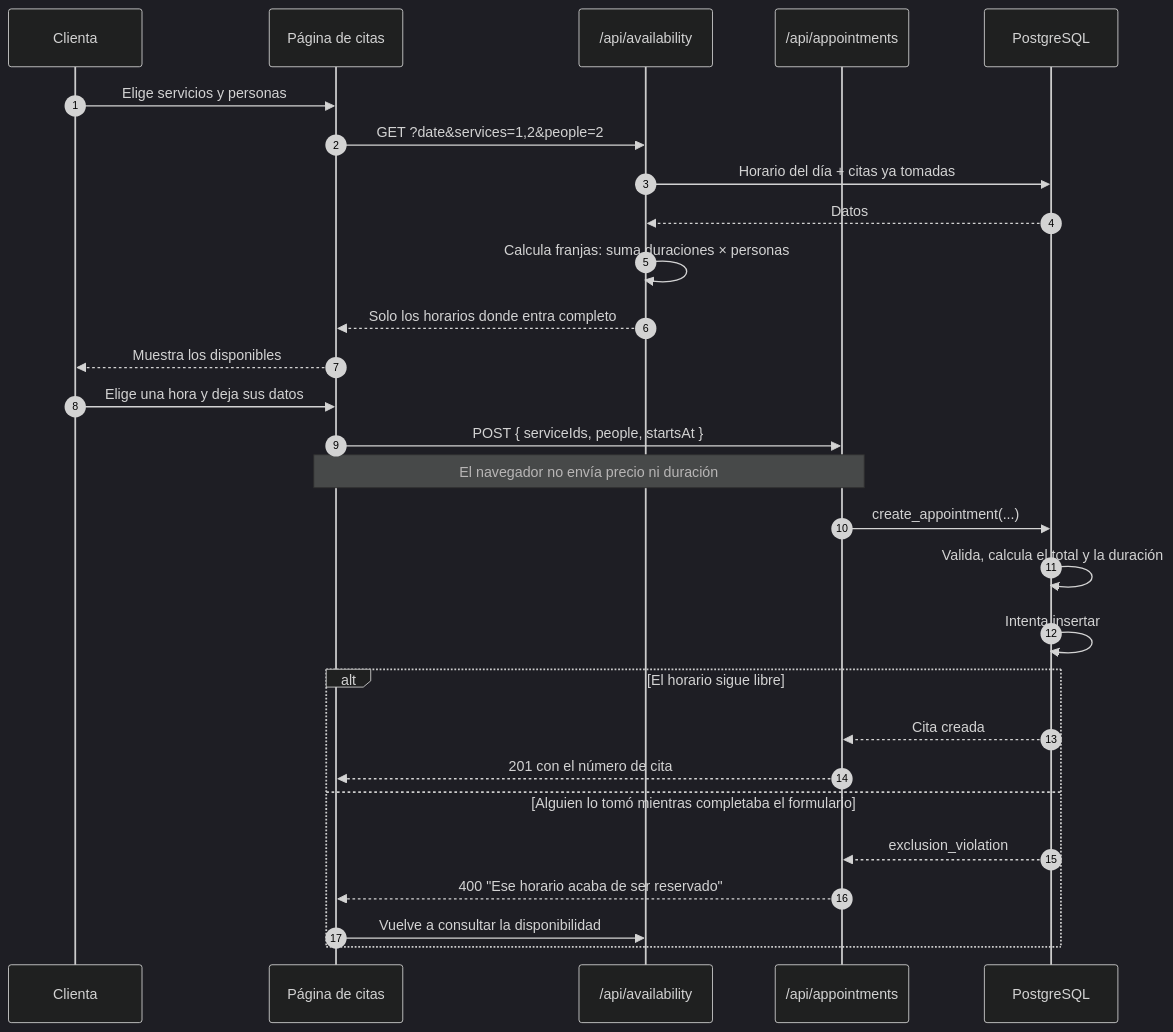
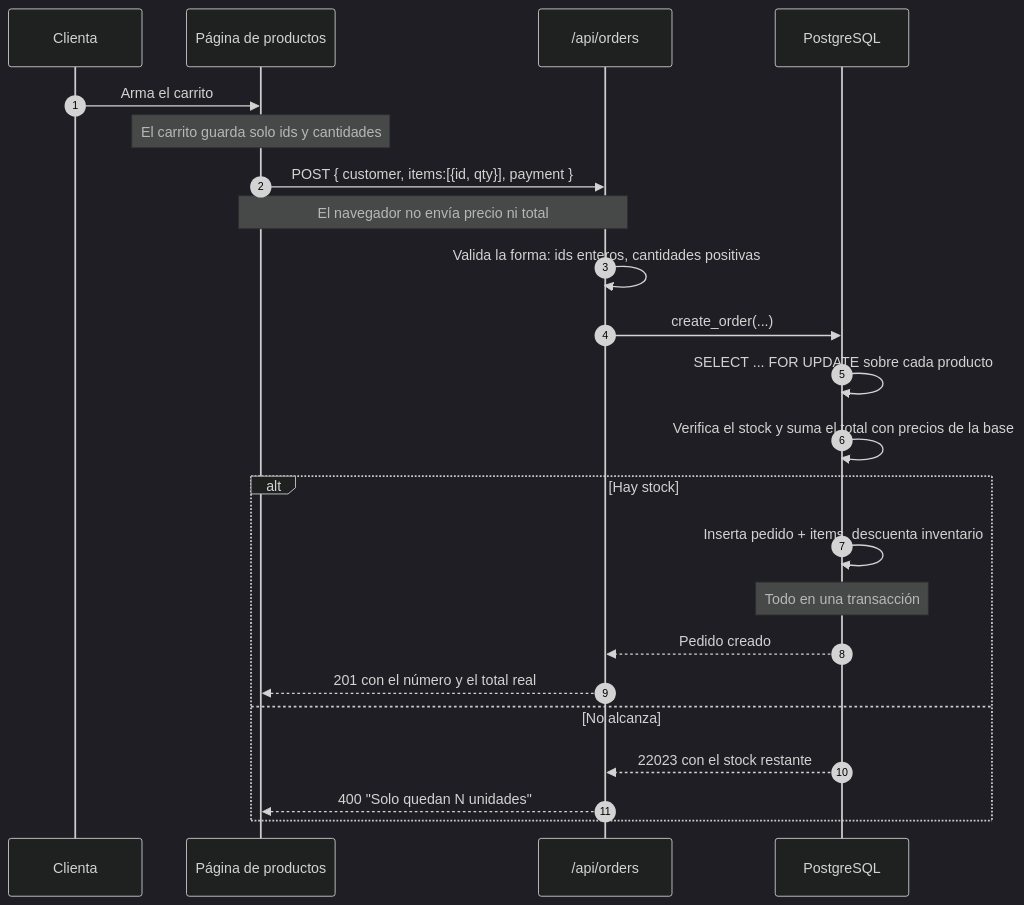
The fourth of 7 diagrams in docs/arquitectura.md (Alejandro-Paz05/Proyecto_ISW2), drawn with Mermaid (dark theme) before and after one commit. The commit also changed other lines of this file and 2 other files, not shown here.

````diff
--- a/docs/arquitectura.md
+++ b/docs/arquitectura.md
@@ -125,33 +138,29 @@
 ```mermaid
 sequenceDiagram
     autonumber
     participant C as Clienta
-    participant P as Página de citas
-    participant A as /api/availability
-    participant R as /api/appointments
+    participant P as Página de productos
+    participant R as /api/orders
     participant D as PostgreSQL
 
-    C->>P: Elige servicios y personas
-    P->>A: GET ?date&services=1,2&people=2
-    A->>D: Horario del día + citas ya tomadas
-    D-->>A: Datos
-    A->>A: Calcula franjas: suma duraciones × personas
-    A-->>P: Solo los horarios donde entra completo
-    P-->>C: Muestra los disponibles
+    C->>P: Arma el carrito
+    Note over P: El carrito guarda solo ids y cantidades
+    P->>R: POST { customer, items:[{id, qty}], payment }
+    Note over P,R: El navegador no envía precio ni total
 
-    C->>P: Elige una hora y deja sus datos
-    P->>R: POST { serviceIds, people, startsAt }
-    Note over P,R: El navegador no envía precio ni duración
-    R->>D: create_appointment(...)
-    D->>D: Valida, calcula el total y la duración
-    D->>D: Intenta insertar
+    R->>R: Valida la forma: ids enteros, cantidades positivas
+    R->>D: create_order(...)
 
-    alt El horario sigue libre
-        D-->>R: Cita creada
-        R-->>P: 201 con el número de cita
-    else Alguien lo tomó mientras completaba el formulario
-        D-->>R: exclusion_violation
-        R-->>P: 400 "Ese horario acaba de ser reservado"
-        P->>A: Vuelve a consultar la disponibilidad
+    D->>D: SELECT ... FOR UPDATE sobre cada producto
+    D->>D: Verifica el stock y suma el total con precios de la base
+
+    alt Hay stock
+        D->>D: Inserta pedido + items, descuenta inventario
+        Note over D: Todo en una transacción
+        D-->>R: Pedido creado
+        R-->>P: 201 con el número y el total real
+    else No alcanza
+        D-->>R: 22023 con el stock restante
+        R-->>P: 400 "Solo quedan N unidades"
     end
 ```
````
